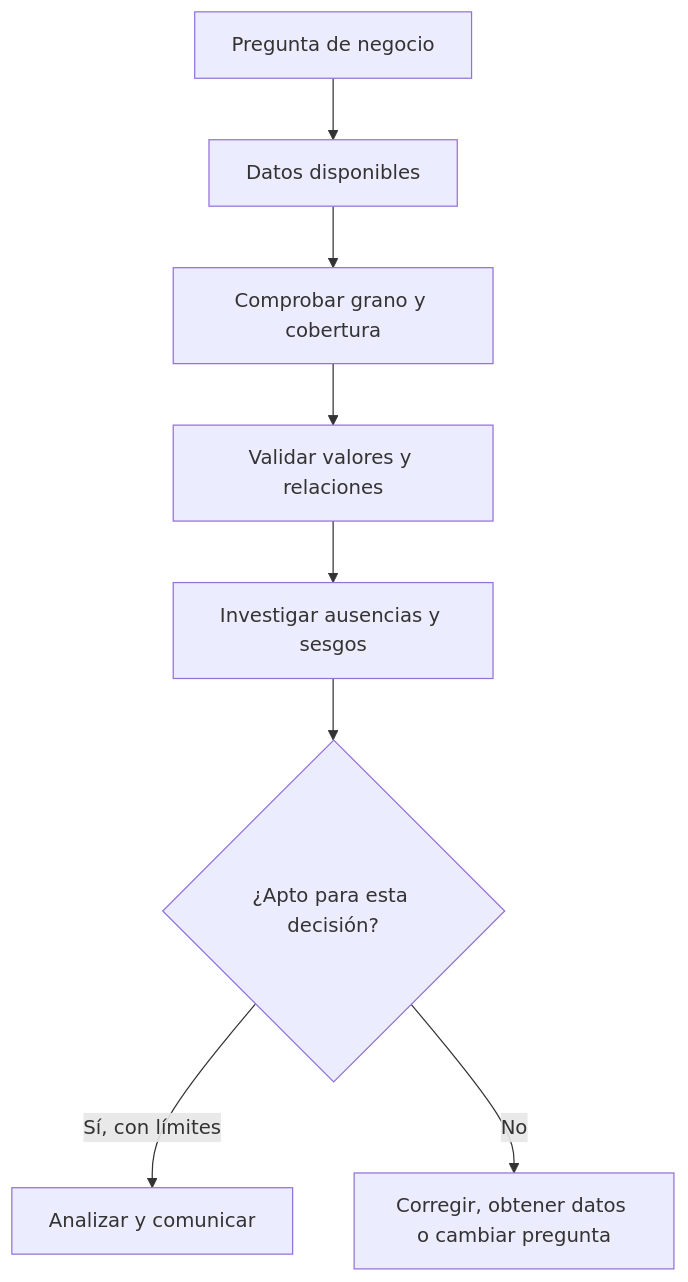
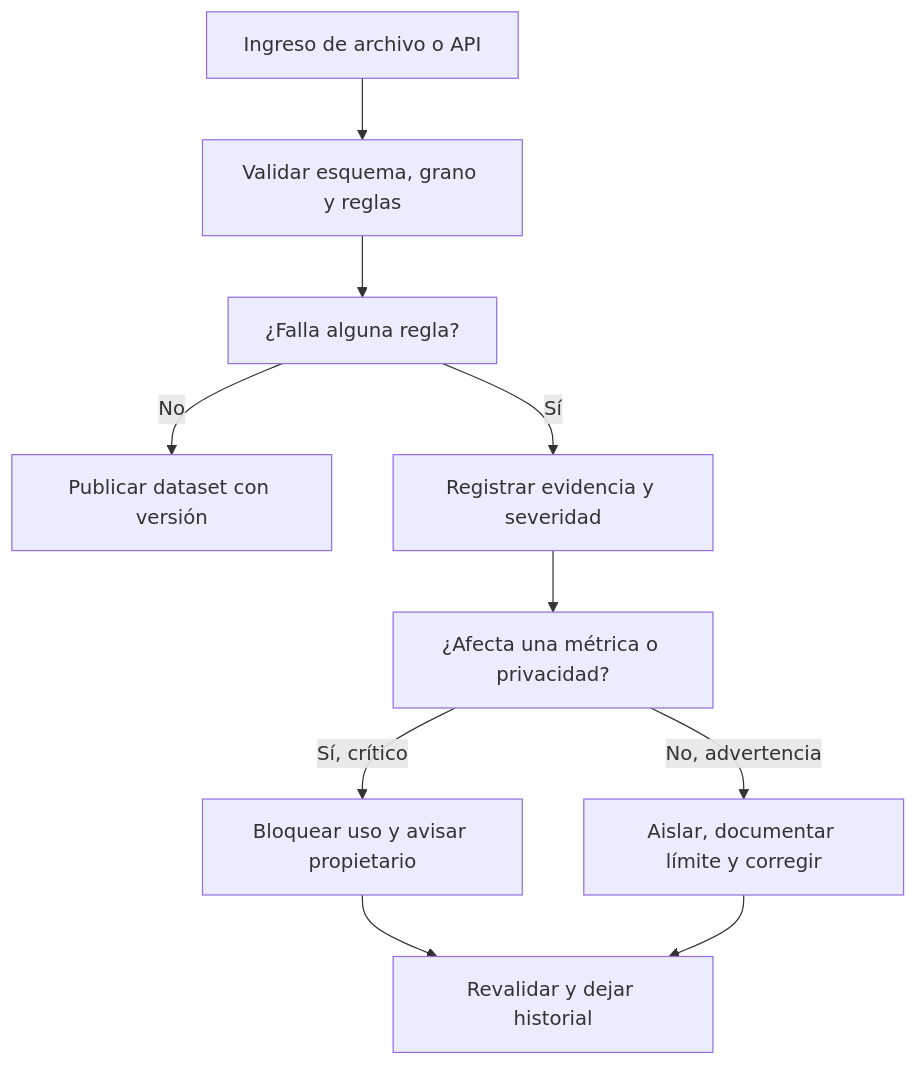
Before and after one commit to Ayhur/CursoAnalista: the diagram in curso/01-fundamentos-datos/lecciones/04-calidad-y-uso-responsable.md, drawn with Mermaid. The commit also changed other lines of this file and 15 other files, not shown here.

Commit message:
Amplia fundamentos de datos con caso marketplace

````diff
--- a/curso/01-fundamentos-datos/lecciones/04-calidad-y-uso-responsable.md
+++ b/curso/01-fundamentos-datos/lecciones/04-calidad-y-uso-responsable.md
@@ -11,10 +27,12 @@
 ```mermaid
 flowchart TD
-    A[Pregunta de negocio] --> B[Datos disponibles]
-    B --> C[Comprobar grano y cobertura]
-    C --> D[Validar valores y relaciones]
-    D --> E[Investigar ausencias y sesgos]
-    E --> F{¿Apto para esta decisión?}
-    F -->|Sí, con límites| G[Analizar y comunicar]
-    F -->|No| H[Corregir, obtener datos o cambiar pregunta]
+    A[Ingreso de archivo o API] --> B[Validar esquema, grano y reglas]
+    B --> C[¿Falla alguna regla?]
+    C -->|No| D[Publicar dataset con versión]
+    C -->|Sí| E[Registrar evidencia y severidad]
+    E --> F[¿Afecta una métrica o privacidad?]
+    F -->|Sí, crítico| G[Bloquear uso y avisar propietario]
+    F -->|No, advertencia| H[Aislar, documentar límite y corregir]
+    G --> I[Revalidar y dejar historial]
+    H --> I
 ```
````
